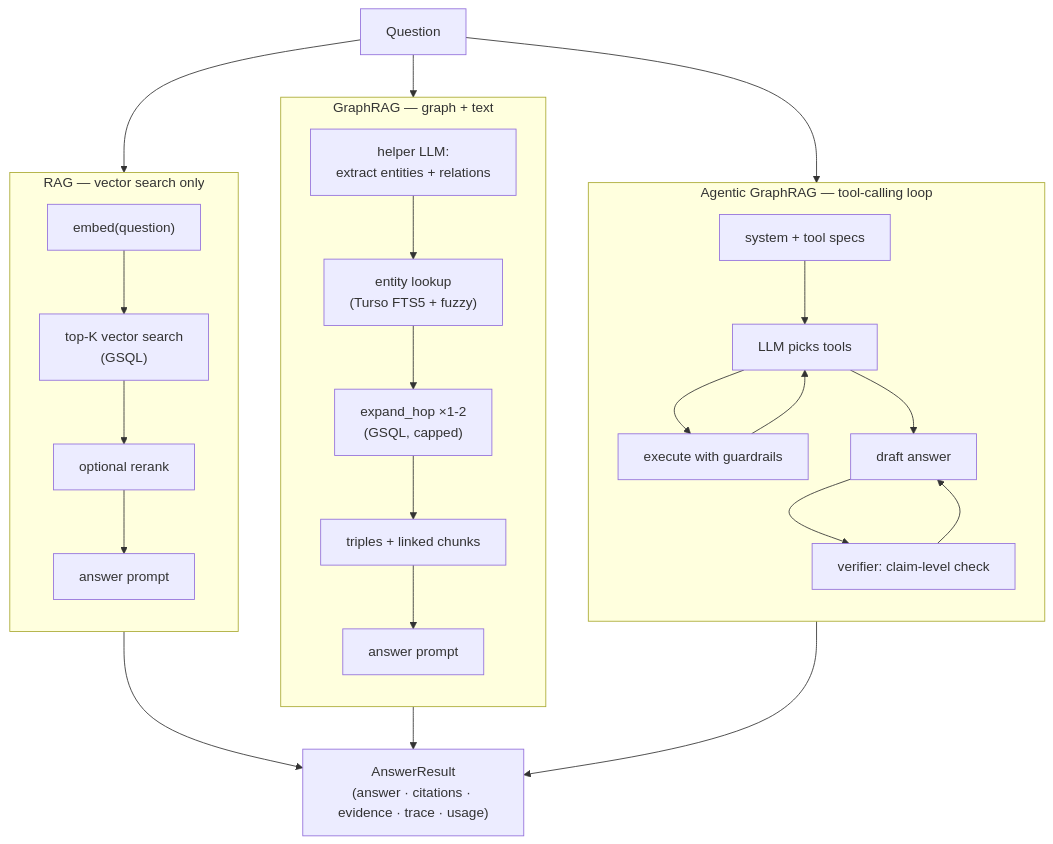
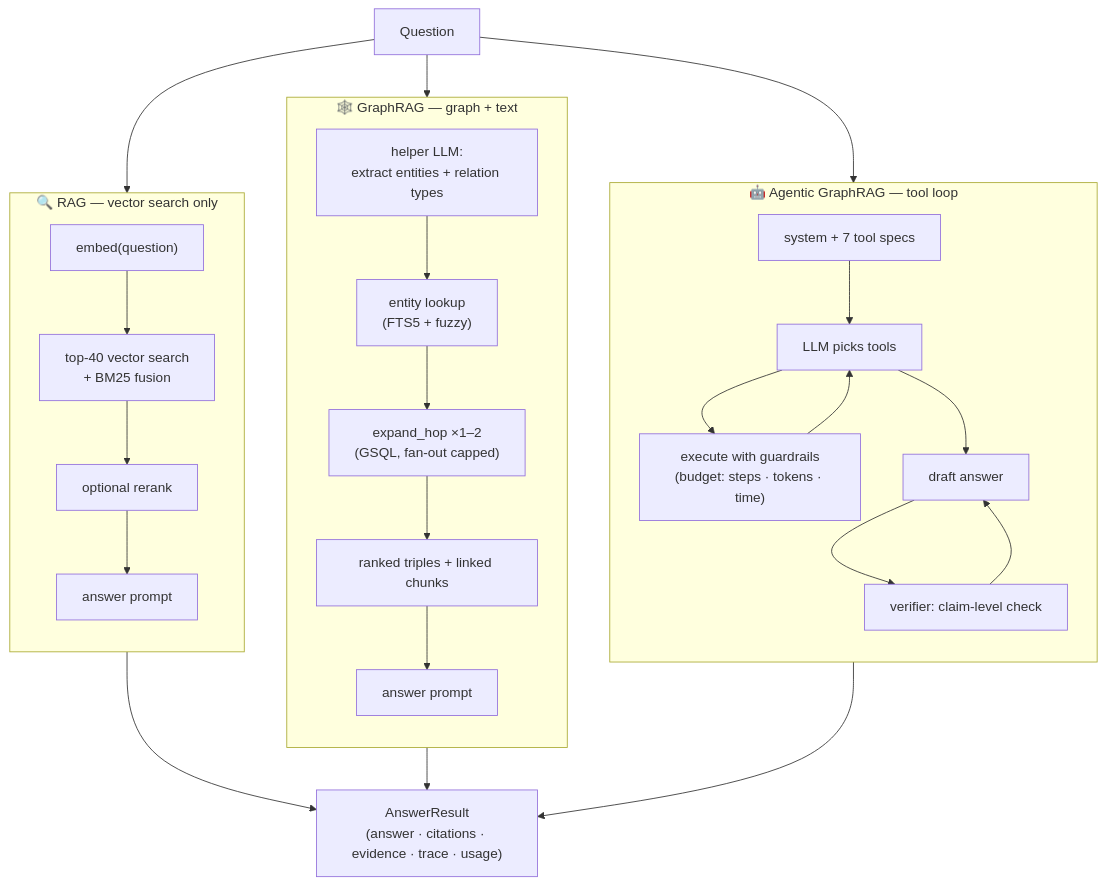
The third of 5 diagrams in README.md (Tetra4ge/Interlock-TG), drawn with Mermaid before and after one commit. The commit also changed other lines of this file, not shown here.

First line of the commit message:
docs: expand README with full problem statement and architecture

````diff
--- a/README.md
+++ b/README.md
@@ -147,35 +163,31 @@
 ```mermaid
 flowchart TD
-    Q["Question"] --> RAG
-    Q --> GR
-    Q --> AG
+    Q["Question"] --> RAG & GR & AG
 
-    subgraph RAG["RAG — vector search only"]
+    subgraph RAG["🔍 RAG — vector search only"]
         direction TB
-        R1["embed(question)"] --> R2["top-K vector search\n(GSQL)"]
+        R1["embed(question)"] --> R2["top-40 vector search\n+ BM25 fusion"]
         R2 --> R3["optional rerank"]
         R3 --> R4["answer prompt"]
     end
 
-    subgraph GR["GraphRAG — graph + text"]
+    subgraph GR["🕸️ GraphRAG — graph + text"]
         direction TB
-        G1["helper LLM:\nextract entities + relations"] --> G2["entity lookup\n(Turso FTS5 + fuzzy)"]
-        G2 --> G3["expand_hop ×1-2\n(GSQL, capped)"]
-        G3 --> G4["triples + linked chunks"]
+        G1["helper LLM:\nextract entities + relation types"] --> G2["entity lookup\n(FTS5 + fuzzy)"]
+        G2 --> G3["expand_hop ×1–2\n(GSQL, fan-out capped)"]
+        G3 --> G4["ranked triples + linked chunks"]
         G4 --> G5["answer prompt"]
     end
 
-    subgraph AG["Agentic GraphRAG — tool-calling loop"]
+    subgraph AG["🤖 Agentic GraphRAG — tool loop"]
         direction TB
-        A1["system + tool specs"] --> A2["LLM picks tools"]
-        A2 --> A3["execute with guardrails"]
+        A1["system + 7 tool specs"] --> A2["LLM picks tools"]
+        A2 --> A3["execute with guardrails\n(budget: steps · tokens · time)"]
         A3 --> A2
         A2 --> A4["draft answer"]
         A4 --> A5["verifier: claim-level check"]
         A5 --> A4
     end
 
-    RAG --> ANS["AnswerResult\n(answer · citations · evidence · trace · usage)"]
-    GR --> ANS
-    AG --> ANS
+    RAG & GR & AG --> ANS["AnswerResult\n(answer · citations · evidence · trace · usage)"]
 ```
````
